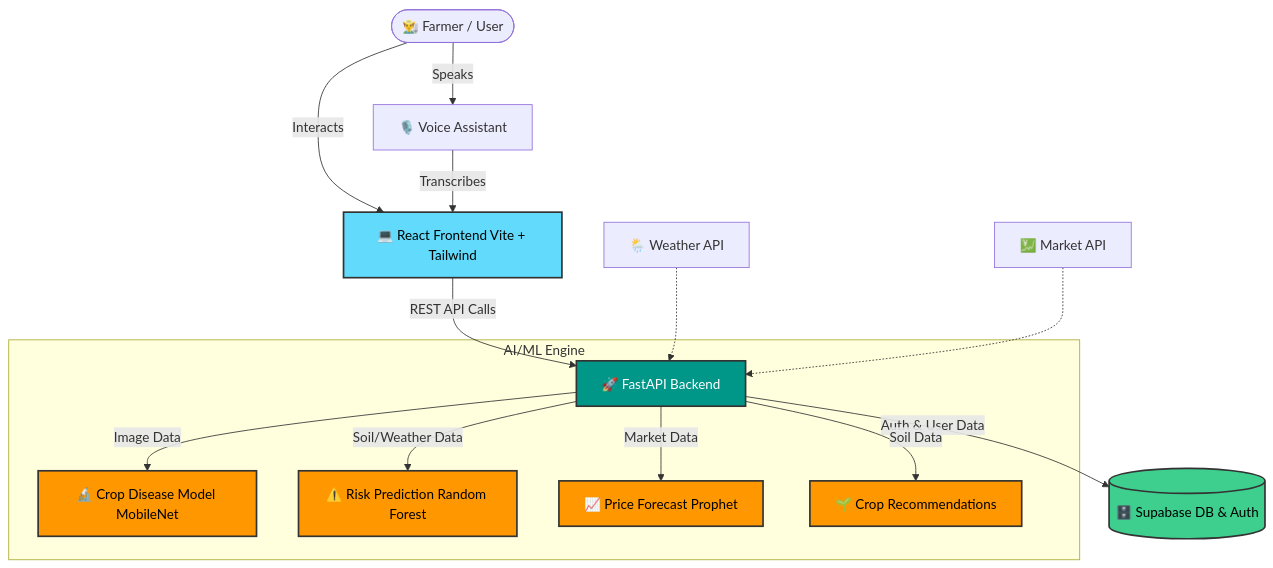
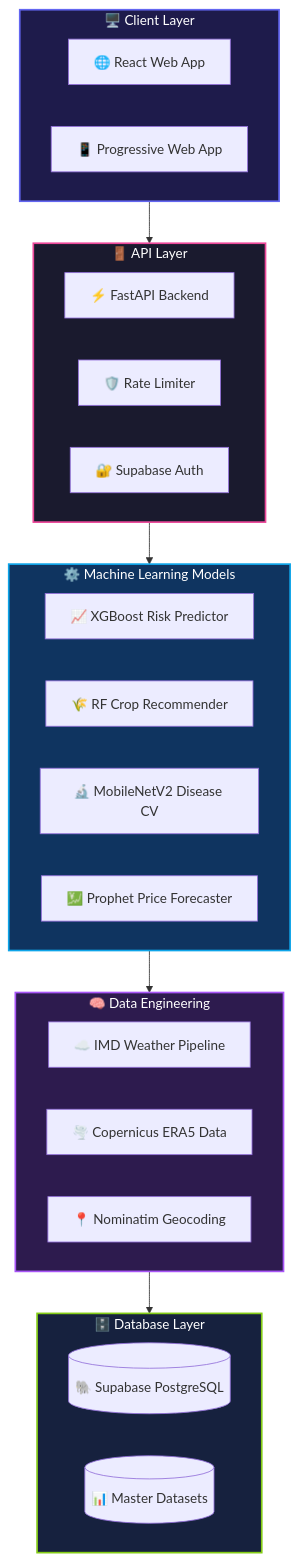
One commit to Shikhar-Kesharwani/sagri_final changed the first of 4 diagrams in README.md. Above: the diagram before and after it, drawn with Mermaid. The commit also changed other lines of this file and 27 other files, not shown here.

````diff
--- a/README.md
+++ b/README.md
@@ -75,40 +107,42 @@
 ```mermaid
-graph TD
-    %% User Interfaces
-    User([👨‍🌾 Farmer / User])
-    Voice[🎙️ Voice Assistant]
-    UI[💻 React Frontend Vite + Tailwind]
-    
-    %% Interactions
-    User -->|Interacts| UI
-    User -->|Speaks| Voice
-    Voice -->|Transcribes| UI
-    
-    %% Frontend to Backend
-    UI -->|REST API Calls| API[🚀 FastAPI Backend]
-    
-    %% Backend Integrations
-    API -->|Auth & User Data| Supabase[(🗄️ Supabase DB & Auth)]
-    
-    %% AI/ML Models (Backend Sub-systems)
-    subgraph AI/ML Engine
-        API -->|Image Data| Disease[🔬 Crop Disease Model MobileNet]
-        API -->|Soil/Weather Data| Risk[⚠️ Risk Prediction Random Forest]
-        API -->|Market Data| Price[📈 Price Forecast Prophet]
-        API -->|Soil Data| Recs[🌱 Crop Recommendations]
+graph TB
+    subgraph Client["🖥️ Client Layer"]
+        WEB[🌐 React Web App]
+        PWA[📱 Progressive Web App]
     end
-    
-    %% External APIs (Optional representation)
-    ExtWeather[🌦️ Weather API] -.-> API
-    ExtMarket[💹 Market API] -.-> API
 
-    classDef frontend fill:#61DAFB,stroke:#333,stroke-width:2px,color:#000;
-    classDef backend fill:#009688,stroke:#333,stroke-width:2px,color:#fff;
-    classDef database fill:#3ECF8E,stroke:#333,stroke-width:2px,color:#000;
-    classDef ai fill:#FF9800,stroke:#333,stroke-width:2px,color:#000;
-    
-    class UI frontend;
-    class API backend;
-    class Supabase database;
-    class Disease,Risk,Price,Recs ai;
+    subgraph Gateway["🚪 API Layer"]
+        FAST[⚡ FastAPI Backend]
+        RL[🛡️ Rate Limiter]
+        AUTH[🔐 Supabase Auth]
+    end
+
+    subgraph Core["⚙️ Machine Learning Models"]
+        RISK[📈 XGBoost Risk Predictor]
+        REC[🌾 RF Crop Recommender]
+        DIS[🔬 MobileNetV2 Disease CV]
+        PRC[💹 Prophet Price Forecaster]
+    end
+
+    subgraph Intelligence["🧠 Data Engineering"]
+        IMD[☁️ IMD Weather Pipeline]
+        ERA5[🌪️ Copernicus ERA5 Data]
+        GEO[📍 Nominatim Geocoding]
+    end
+
+    subgraph Data["🗄️ Database Layer"]
+        SUPA[(🐘 Supabase PostgreSQL)]
+        CSV[(📊 Master Datasets)]
+    end
+
+    Client --> Gateway
+    Gateway --> Core
+    Core --> Intelligence
+    Intelligence --> Data
+
+    style Client fill:#1e1b4b,color:#fff,stroke:#6366f1,stroke-width:2px
+    style Gateway fill:#1a1a2e,color:#fff,stroke:#ec4899,stroke-width:2px
+    style Core fill:#0f3460,color:#fff,stroke:#0ea5e9,stroke-width:2px
+    style Intelligence fill:#2d1b4e,color:#fff,stroke:#a855f7,stroke-width:2px
+    style Data fill:#16213e,color:#fff,stroke:#84cc16,stroke-width:2px
 ```
````
